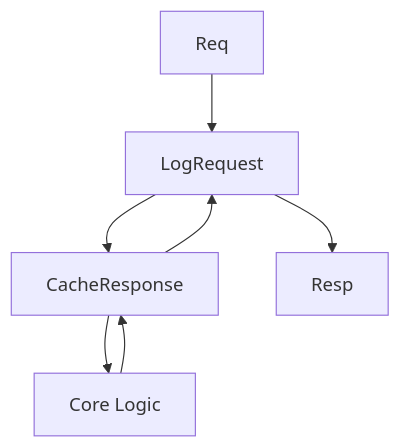
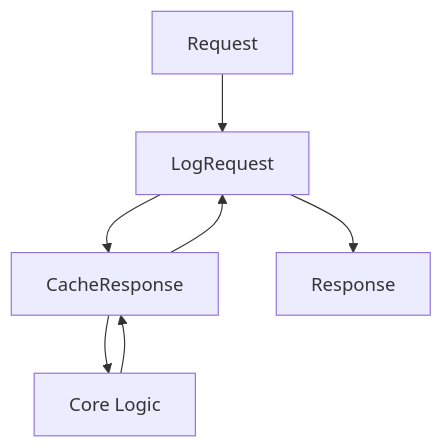
Before and after one commit to subhashladumor1/laravel-mastery-roadmap: diagram 32 of 50 in diagrams/50-comprehensive-diagrams.md, drawn with Mermaid. The commit also changed other lines of this file and 6 other files, not shown here.

First line of the commit message:
diagram rich issue

````diff
--- a/diagrams/50-comprehensive-diagrams.md
+++ b/diagrams/50-comprehensive-diagrams.md
@@ -336,9 +336,9 @@
 ```mermaid
 graph TD
-    Req --> Decorator1[LogRequest]
+    Req[Request] --> Decorator1[LogRequest]
     Decorator1 --> Decorator2[CacheResponse]
     Decorator2 --> Core[Core Logic]
     Core --> Decorator2
     Decorator2 --> Decorator1
-    Decorator1 --> Resp
+    Decorator1 --> Resp[Response]
 ```
````
